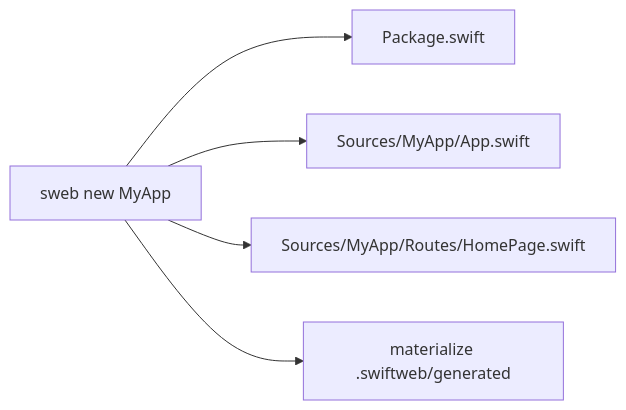
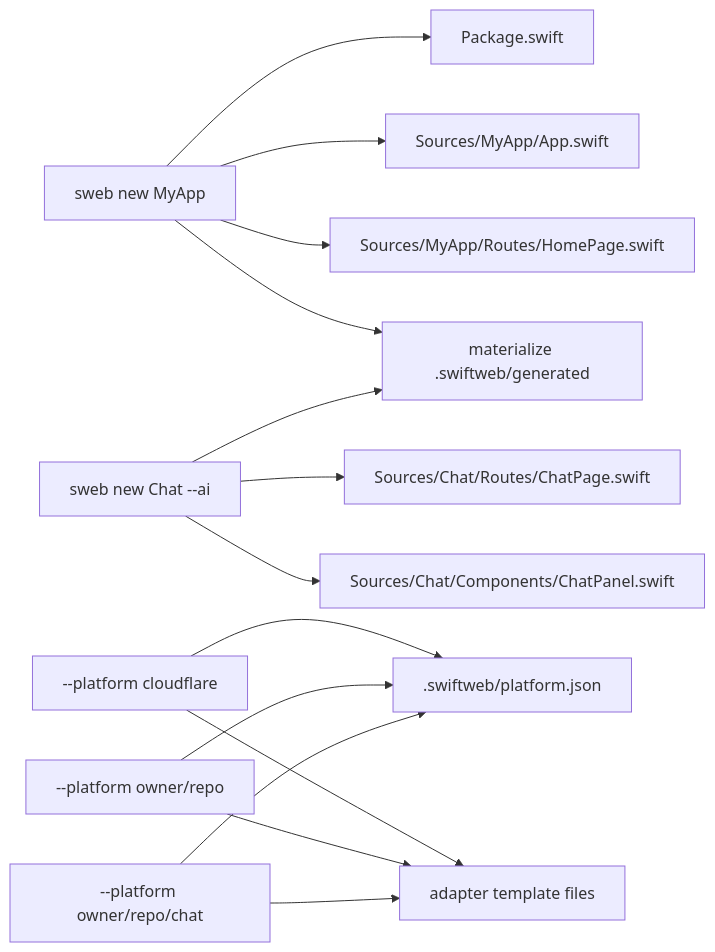
The first of 10 diagrams in Sources/SwiftWebCLI/README.md (1amageek/swift-web), drawn with Mermaid before and after one commit. The commit also changed other lines of this file and 21 other files, not shown here.

Commit message:
Add platform adapter template materialization

````diff
--- a/Sources/SwiftWebCLI/README.md
+++ b/Sources/SwiftWebCLI/README.md
@@ -26,7 +36,16 @@
 ```mermaid
 flowchart LR
   A["sweb new MyApp"] --> B["Package.swift"]
   A --> C["Sources/MyApp/App.swift"]
   A --> D["Sources/MyApp/Routes/HomePage.swift"]
+  F["sweb new Chat --ai"] --> G["Sources/Chat/Routes/ChatPage.swift"]
+  F --> H["Sources/Chat/Components/ChatPanel.swift"]
+  I["--platform cloudflare"] --> J[".swiftweb/platform.json"]
+  K["--platform owner/repo"] --> J
+  L["--platform owner/repo/chat"] --> J
+  I --> M["adapter template files"]
+  K --> M
+  L --> M
   A --> E["materialize .swiftweb/generated"]
+  F --> E
 ```
````
